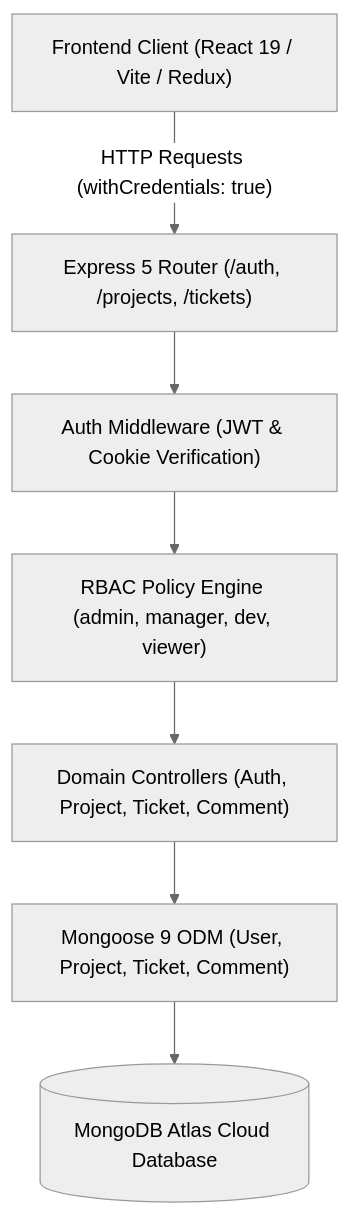
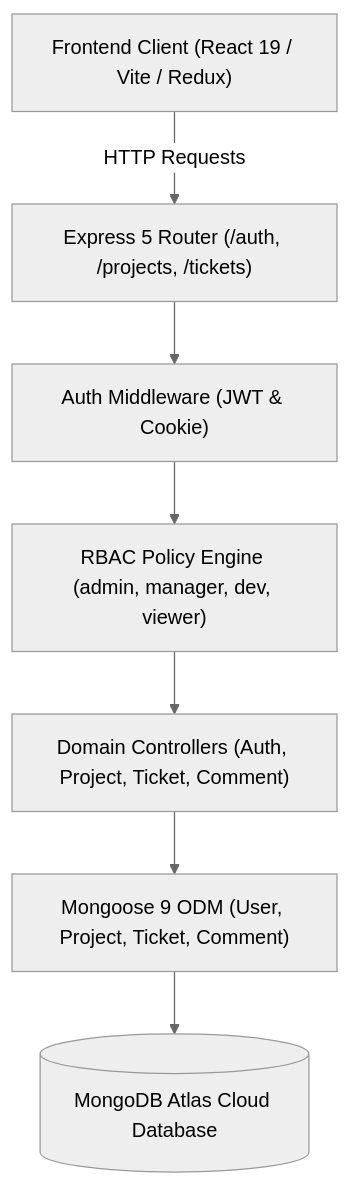
The first of 2 diagrams in README.md (boxbiswas/project_management_backend), drawn with Mermaid (neutral theme) before and after one commit. The commit also changed other lines of this file, not shown here.

````diff
--- a/README.md
+++ b/README.md
@@ -54,17 +54,17 @@
 ```mermaid
 flowchart TD
     Client["Frontend Client (React 19 / Vite / Redux)"]
     Router["Express 5 Router (/auth, /projects, /tickets)"]
-    AuthMW["Auth Middleware (JWT & Cookie Verification)"]
+    AuthMW["Auth Middleware (JWT & Cookie)"]
     RBAC["RBAC Policy Engine (admin, manager, dev, viewer)"]
     Ctrl["Domain Controllers (Auth, Project, Ticket, Comment)"]
     Models["Mongoose 9 ODM (User, Project, Ticket, Comment)"]
     DB[("MongoDB Atlas Cloud Database")]
 
-    Client -->|"HTTP Requests (withCredentials: true)"| Router
+    Client -->|HTTP Requests| Router
     Router --> AuthMW
     AuthMW --> RBAC
     RBAC --> Ctrl
     Ctrl --> Models
     Models --> DB
 ```
````
